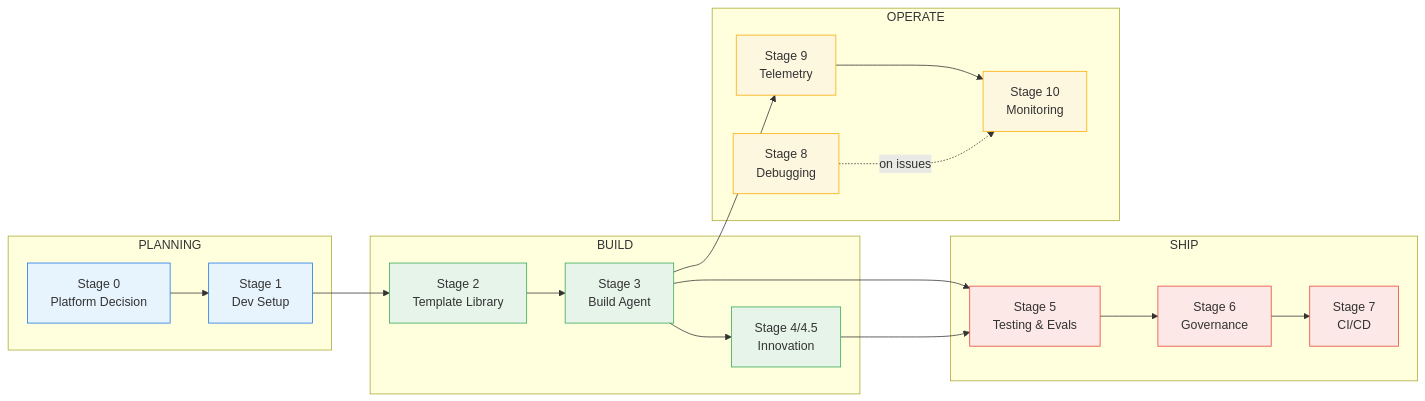
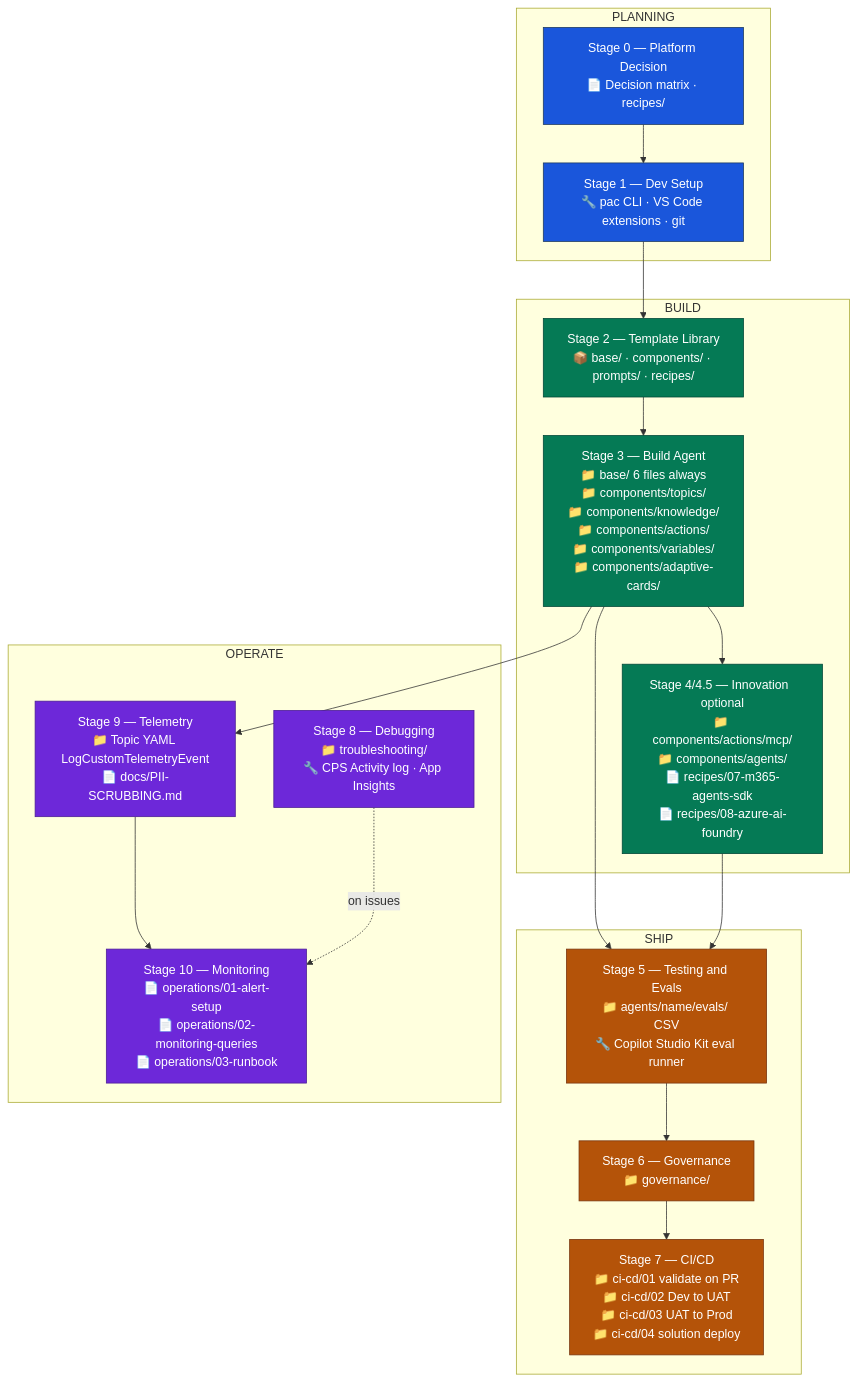
Before and after one commit to ramyabhargavi-p/copilot-studio-templates: the first of 8 diagrams in ENGINEERING-PLAYBOOK.md, drawn with Mermaid. The commit also changed other lines of this file, not shown here.

Commit message:
Redesign delivery pipeline diagram: stronger colors, folder names per stage
Replace pastel-colored phase diagram with high-contrast version (blue/green/
amber/purple on dark backgrounds) using classDef. Each stage node now lists
the exact repo folders opened at that phase (base/, components/topics/, etc.)
using file/folder emoji markers. Update reference table to show subfolder
paths as separate columns.

````diff
--- a/ENGINEERING-PLAYBOOK.md
+++ b/ENGINEERING-PLAYBOOK.md
@@ -32,42 +32,38 @@
 ```mermaid
-flowchart LR
-    subgraph PLAN["PLANNING"]
-        S0["Stage 0\nPlatform Decision"]
-        S1["Stage 1\nDev Setup"]
+flowchart TD
+    classDef plan fill:#1a56db,stroke:#1e3a5f,color:#ffffff
+    classDef build fill:#057a55,stroke:#014737,color:#ffffff
+    classDef ship fill:#b45309,stroke:#78350f,color:#ffffff
+    classDef operate fill:#6d28d9,stroke:#4c1d95,color:#ffffff
+
+    subgraph PLAN["  PLANNING  "]
+        S0["Stage 0 — Platform Decision<br/>📄 Decision matrix · recipes/"]:::plan
+        S1["Stage 1 — Dev Setup<br/>🔧 pac CLI · VS Code extensions · git"]:::plan
     end
-    subgraph BUILD["BUILD"]
-        S2["Stage 2\nTemplate Library"]
-        S3["Stage 3\nBuild Agent"]
-        S4["Stage 4/4.5\nInnovation"]
+
+    subgraph BUILD["  BUILD  "]
+        S2["Stage 2 — Template Library<br/>📦 base/ · components/ · prompts/ · recipes/"]:::build
+        S3["Stage 3 — Build Agent<br/>📁 base/ 6 files always<br/>📁 components/topics/<br/>📁 components/knowledge/<br/>📁 components/actions/<br/>📁 components/variables/<br/>📁 components/adaptive-cards/"]:::build
+        S4["Stage 4/4.5 — Innovation  optional<br/>📁 components/actions/mcp/<br/>📁 components/agents/<br/>📄 recipes/07-m365-agents-sdk<br/>📄 recipes/08-azure-ai-foundry"]:::build
     end
-    subgraph SHIP["SHIP"]
-        S5["Stage 5\nTesting & Evals"]
-        S6["Stage 6\nGovernance"]
-        S7["Stage 7\nCI/CD"]
+
+    subgraph SHIP["  SHIP  "]
+        S5["Stage 5 — Testing and Evals<br/>📁 agents/name/evals/ CSV<br/>🔧 Copilot Studio Kit eval runner"]:::ship
+        S6["Stage 6 — Governance<br/>📁 governance/"]:::ship
+        S7["Stage 7 — CI/CD<br/>📁 ci-cd/01 validate on PR<br/>📁 ci-cd/02 Dev to UAT<br/>📁 ci-cd/03 UAT to Prod<br/>📁 ci-cd/04 solution deploy"]:::ship
     end
-    subgraph OPERATE["OPERATE"]
-        S8["Stage 8\nDebugging"]
-        S9["Stage 9\nTelemetry"]
-        S10["Stage 10\nMonitoring"]
+
+    subgraph OPERATE["  OPERATE  "]
+        S8["Stage 8 — Debugging<br/>📁 troubleshooting/<br/>🔧 CPS Activity log · App Insights"]:::operate
+        S9["Stage 9 — Telemetry<br/>📁 Topic YAML LogCustomTelemetryEvent<br/>📄 docs/PII-SCRUBBING.md"]:::operate
+        S10["Stage 10 — Monitoring<br/>📄 operations/01-alert-setup<br/>📄 operations/02-monitoring-queries<br/>📄 operations/03-runbook"]:::operate
     end
 
     S0 --> S1 --> S2 --> S3
     S3 --> S4
     S3 --> S5
     S4 --> S5
     S5 --> S6 --> S7
     S3 --> S9 --> S10
     S8 -.->|on issues| S10
-
-    style S0 fill:#e8f4fd,stroke:#1a73e8
-    style S1 fill:#e8f4fd,stroke:#1a73e8
-    style S2 fill:#e6f4ea,stroke:#34a853
-    style S3 fill:#e6f4ea,stroke:#34a853
-    style S4 fill:#e6f4ea,stroke:#34a853
-    style S5 fill:#fce8e6,stroke:#ea4335
-    style S6 fill:#fce8e6,stroke:#ea4335
-    style S7 fill:#fce8e6,stroke:#ea4335
-    style S8 fill:#fef7e0,stroke:#f9ab00
-    style S9 fill:#fef7e0,stroke:#f9ab00
-    style S10 fill:#fef7e0,stroke:#f9ab00
 ```
````
